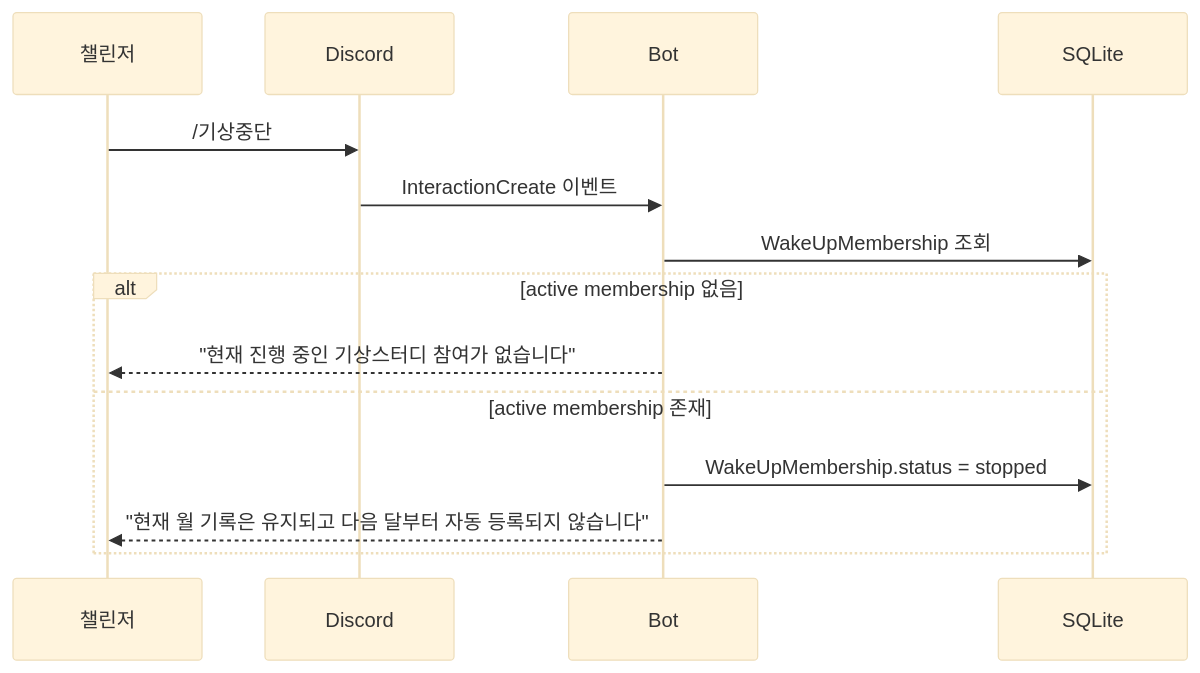
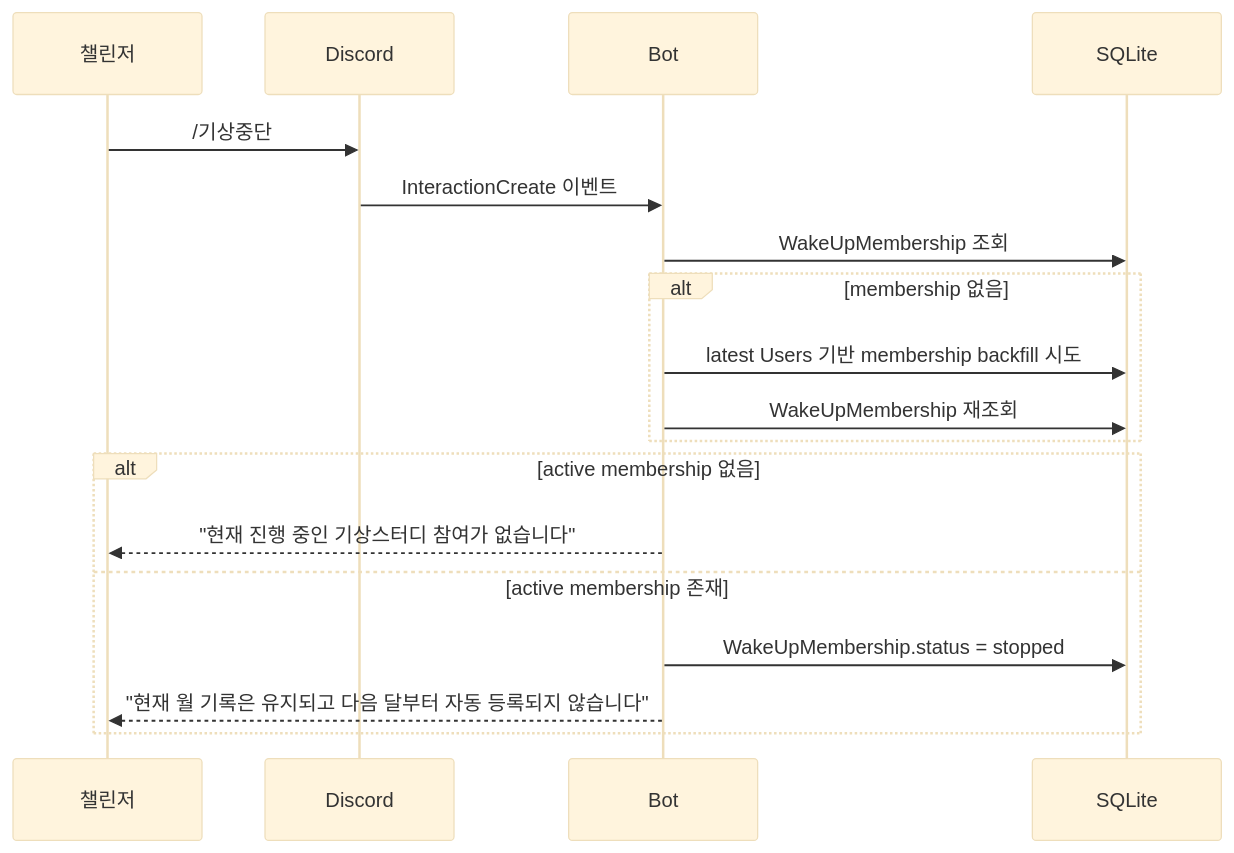
The seventh of 20 diagrams in docs/USER_STORIES.md (honki12345/haruharu-discord-bot), drawn with Mermaid (base theme) before and after one commit. The commit also changed other lines of this file and 6 other files, not shown here.

````diff
--- a/docs/USER_STORIES.md
+++ b/docs/USER_STORIES.md
@@ -271,18 +272,22 @@
 ```mermaid
 sequenceDiagram
     participant U as 챌린저
     participant D as Discord
     participant B as Bot
     participant DB as SQLite
 
     U->>D: /기상중단
     D->>B: InteractionCreate 이벤트
     B->>DB: WakeUpMembership 조회
+    alt membership 없음
+        B->>DB: latest Users 기반 membership backfill 시도
+        B->>DB: WakeUpMembership 재조회
+    end
 
     alt active membership 없음
         B-->>U: "현재 진행 중인 기상스터디 참여가 없습니다"
     else active membership 존재
         B->>DB: WakeUpMembership.status = stopped
         B-->>U: "현재 월 기록은 유지되고 다음 달부터 자동 등록되지 않습니다"
     end
 ```
````
